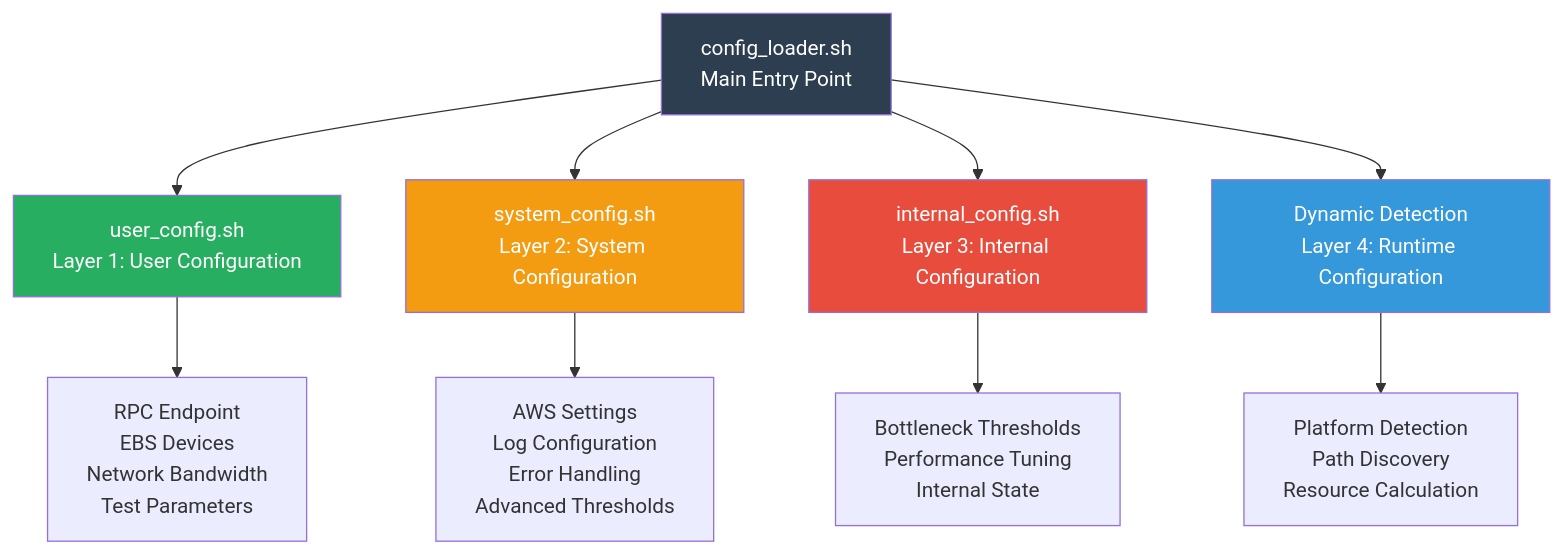
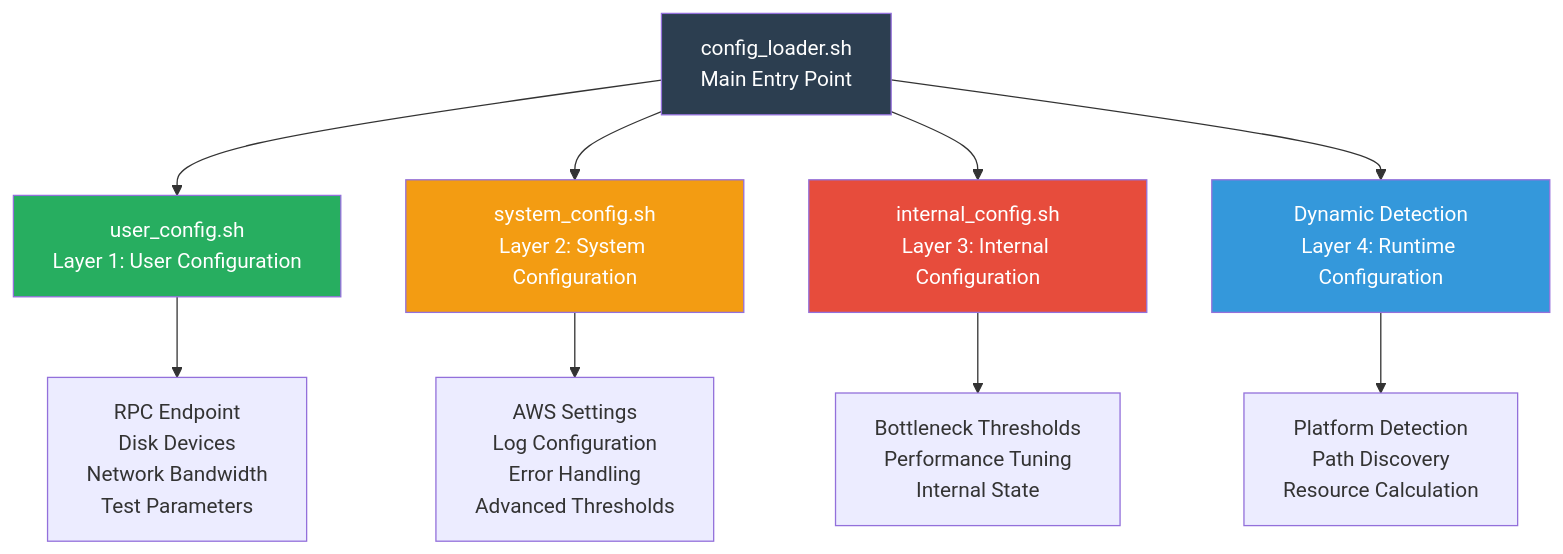
The diagram in docs/configuration-guide.md (StayHungryStayFoolish/blockchain-node-benchmark), drawn with Mermaid before and after one commit. The commit also changed other lines of this file and 77 other files, not shown here.

````diff
--- a/docs/configuration-guide.md
+++ b/docs/configuration-guide.md
@@ -9,18 +9,18 @@
 ```mermaid
 graph TD
     A[config_loader.sh<br/>Main Entry Point] --> B[user_config.sh<br/>Layer 1: User Configuration]
     A --> C[system_config.sh<br/>Layer 2: System Configuration]
     A --> D[internal_config.sh<br/>Layer 3: Internal Configuration]
     A --> E[Dynamic Detection<br/>Layer 4: Runtime Configuration]
     
-    B --> F[RPC Endpoint<br/>EBS Devices<br/>Network Bandwidth<br/>Test Parameters]
+    B --> F[RPC Endpoint<br/>Disk Devices<br/>Network Bandwidth<br/>Test Parameters]
     C --> G[AWS Settings<br/>Log Configuration<br/>Error Handling<br/>Advanced Thresholds]
     D --> H[Bottleneck Thresholds<br/>Performance Tuning<br/>Internal State]
     E --> I[Platform Detection<br/>Path Discovery<br/>Resource Calculation]
     
     style A fill:#2C3E50,color:#fff
     style B fill:#27AE60,color:#fff
     style C fill:#F39C12,color:#fff
     style D fill:#E74C3C,color:#fff
     style E fill:#3498DB,color:#fff
 ```
````
